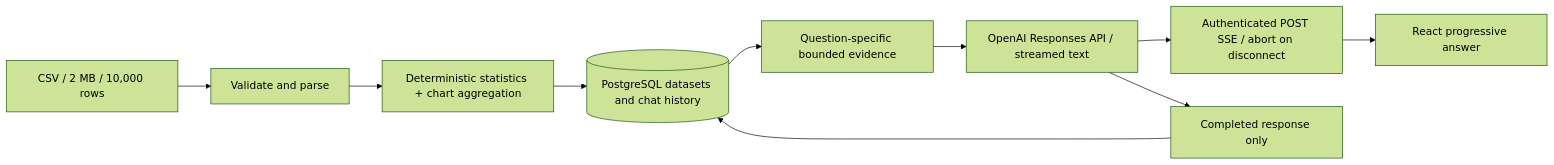
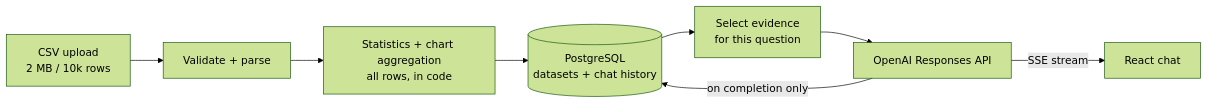
One commit to SaiSumedh18/insightchat-ai changed the diagram in README.md. Above: the diagram before and after it, drawn with Mermaid (forest theme). The commit also changed other lines of this file and 3 other files, not shown here.

````diff
--- a/README.md
+++ b/README.md
@@ -189,12 +21,10 @@
 ```mermaid
 flowchart LR
- CSV[CSV / 2 MB / 10,000 rows] --> Parse[Validate and parse]
- Parse --> Stats[Deterministic statistics + chart aggregation]
- Stats --> PG[(PostgreSQL datasets and chat history)]
- PG --> Select[Question-specific bounded evidence]
- Select --> OpenAI[OpenAI Responses API / streamed text]
- OpenAI --> SSE[Authenticated POST SSE / abort on disconnect]
- SSE --> React[React progressive answer]
- OpenAI --> Complete[Completed response only]
- Complete --> PG
+  CSV[CSV upload<br/>2 MB / 10k rows] --> P[Validate + parse]
+  P --> S[Statistics + chart aggregation<br/>all rows, in code]
+  S --> PG[(PostgreSQL<br/>datasets + chat history)]
+  PG --> E[Select evidence<br/>for this question]
+  E --> AI[OpenAI Responses API]
+  AI -->|SSE stream| UI[React chat]
+  AI -->|on completion only| PG
 ```
````
